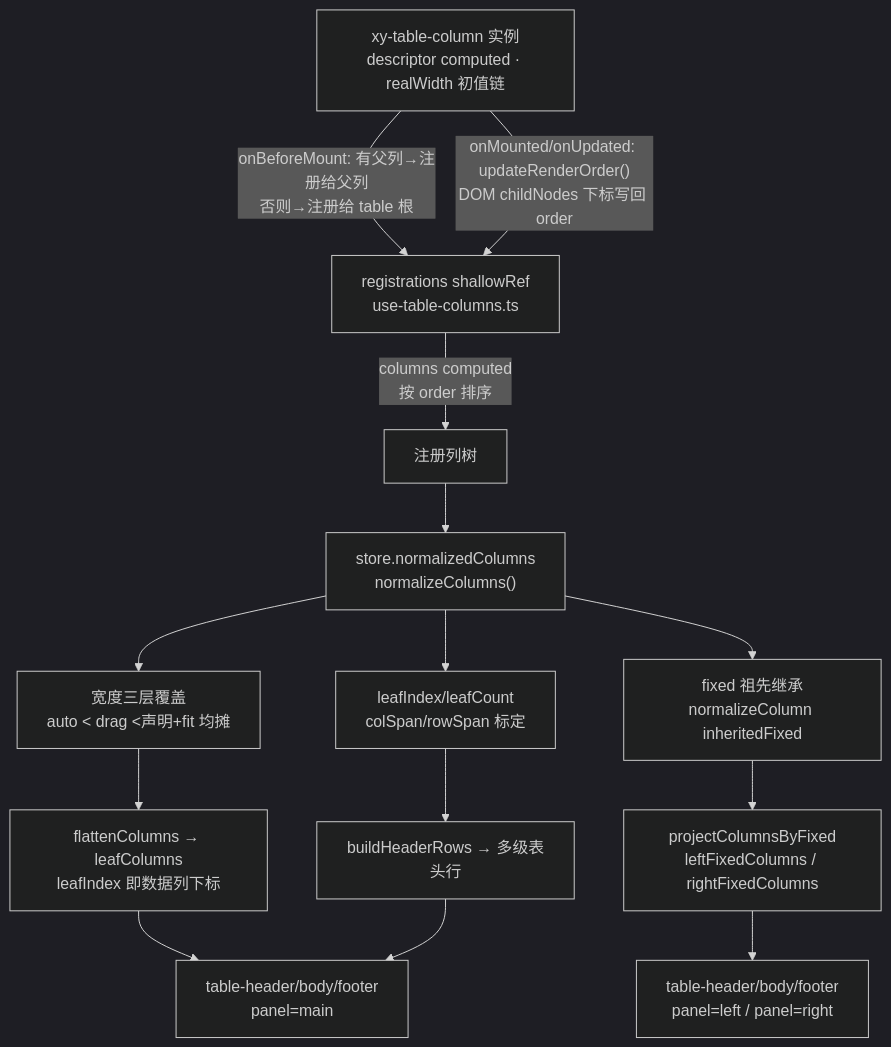
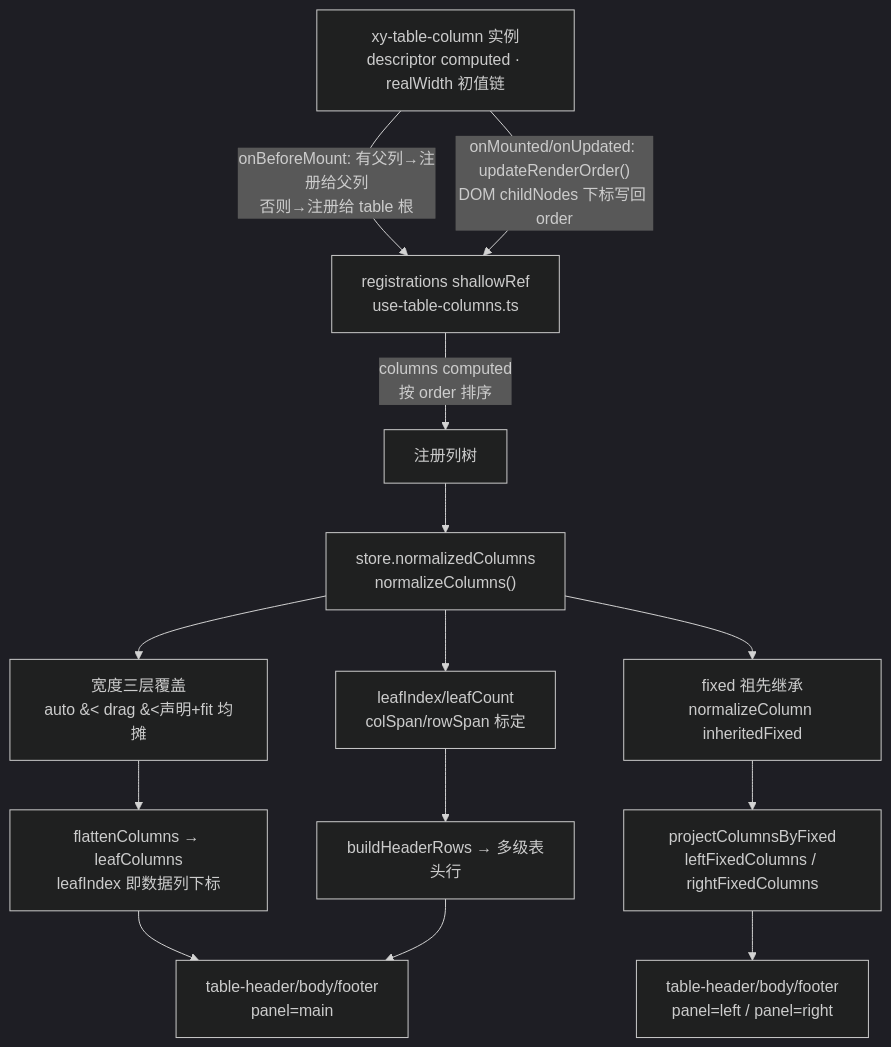
The second of 2 diagrams in docs/14-组件库专栏/8-基础组件数据篇/8-09-Table-列模型与固定列.md (zhangzhengyang27/tech-codex), drawn with Mermaid (dark theme) before and after one commit. The commit also changed 195 other files, not shown here.

````diff
--- a/docs/14-组件库专栏/8-基础组件数据篇/8-09-Table-列模型与固定列.md
+++ b/docs/14-组件库专栏/8-基础组件数据篇/8-09-Table-列模型与固定列.md
@@ -447,16 +447,16 @@
 ```mermaid
 flowchart TD
     A["xy-table-column 实例<br/>descriptor computed · realWidth 初值链"] -- "onBeforeMount: 有父列→注册给父列<br/>否则→注册给 table 根" --> B["registrations shallowRef<br/>use-table-columns.ts"]
     A -- "onMounted/onUpdated: updateRenderOrder()<br/>DOM childNodes 下标写回 order" --> B
     B -- "columns computed<br/>按 order 排序" --> C["注册列树"]
     C --> D["store.normalizedColumns<br/>normalizeColumns()"]
-    D --> D1["宽度三层覆盖<br/>auto &lt; drag &lt;声明+fit 均摊"]
+    D --> D1["宽度三层覆盖<br/>auto &#60; drag &#60;声明+fit 均摊"]
     D --> D2["fixed 祖先继承<br/>normalizeColumn inheritedFixed"]
     D --> D3["leafIndex/leafCount<br/>colSpan/rowSpan 标定"]
     D1 --> E["flattenColumns → leafColumns<br/>leafIndex 即数据列下标"]
     D2 --> F["projectColumnsByFixed<br/>leftFixedColumns / rightFixedColumns"]
     D3 --> G["buildHeaderRows → 多级表头行"]
     E --> H["table-header/body/footer<br/>panel=main"]
     F --> I["table-header/body/footer<br/>panel=left / panel=right"]
     G --> H
 ```
````
